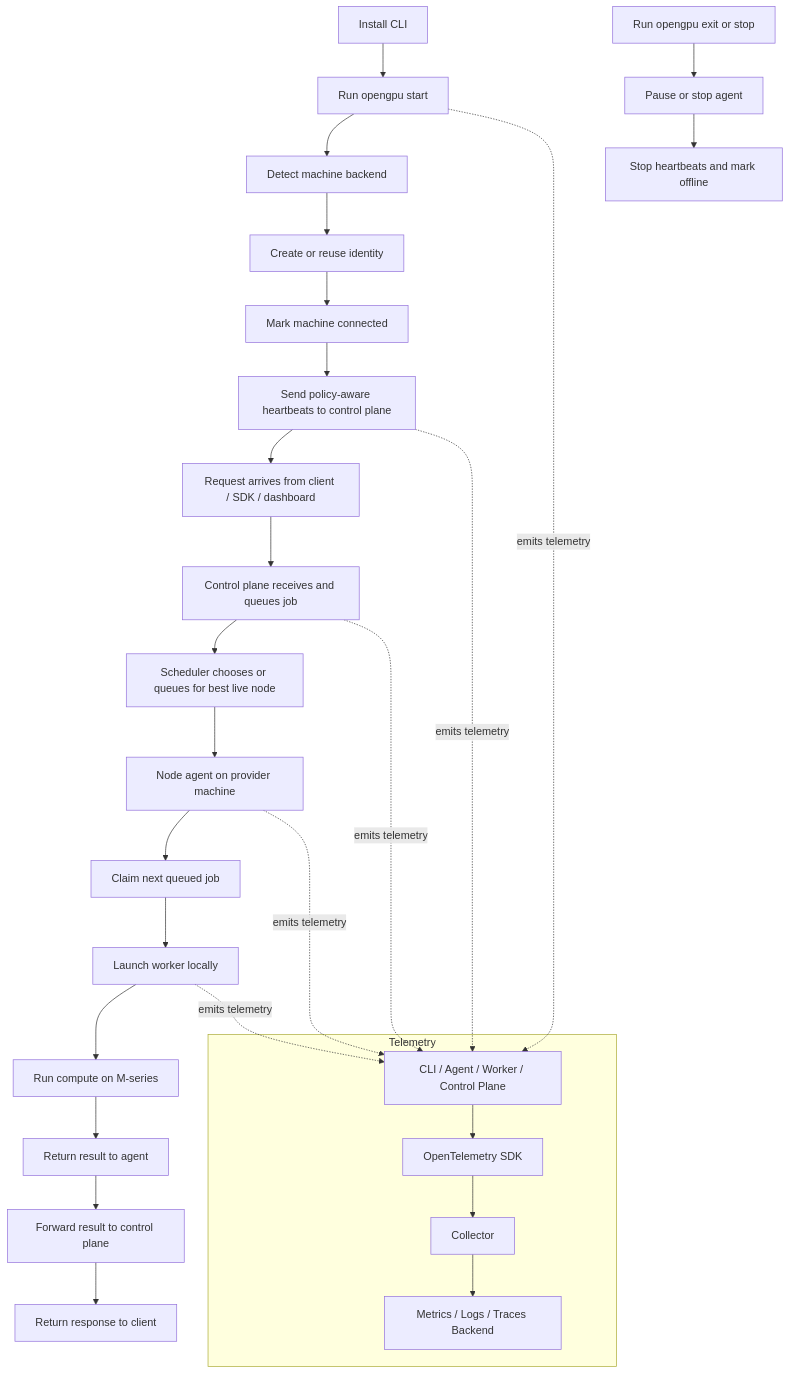
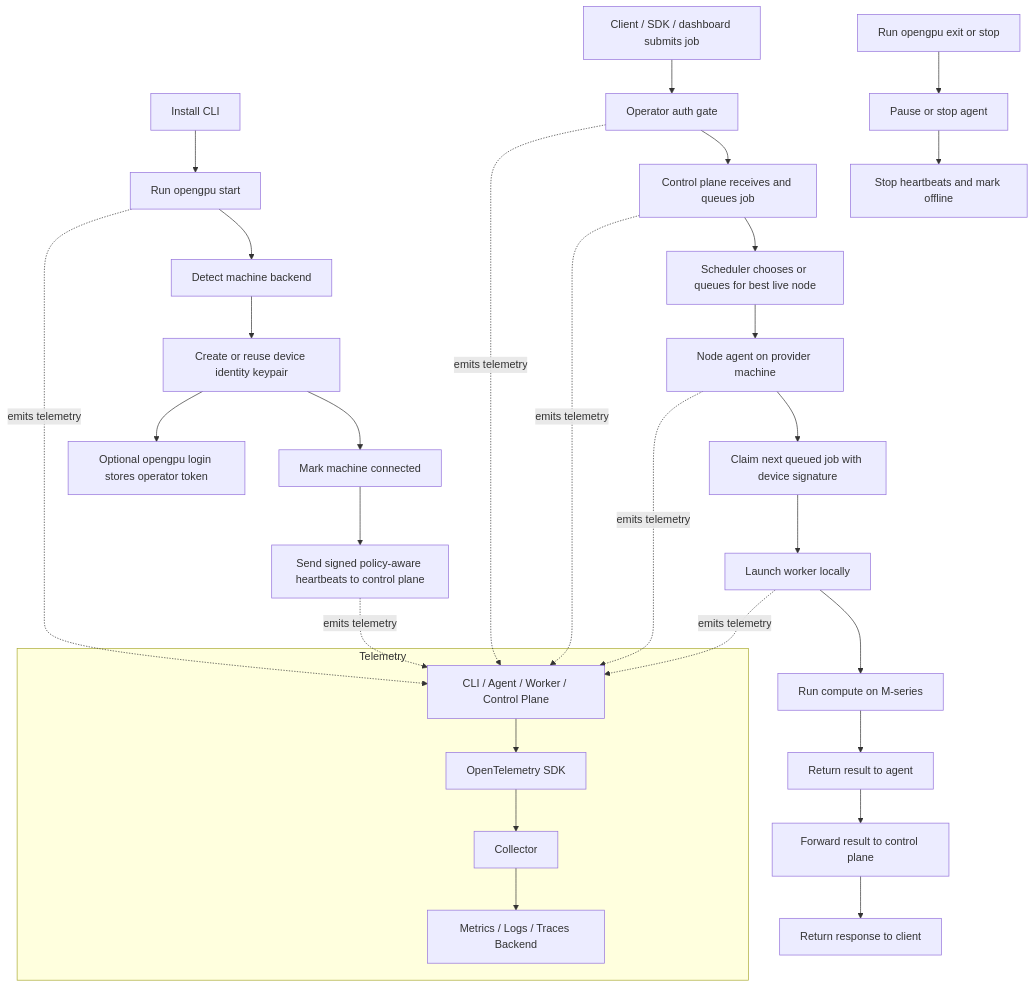
One commit to novusmundus2025/mundusx changed the diagram in docs/system-flow.md. Above: the diagram before and after it, drawn with Mermaid. The commit also changed other lines of this file, not shown here.

Commit message:
Document contributor and operator auth flow

````diff
--- a/docs/system-flow.md
+++ b/docs/system-flow.md
@@ -5,36 +5,38 @@
 ```mermaid
 flowchart TD
     I[Install CLI] --> S[Run opengpu start]
     S --> D[Detect machine backend]
-    D --> C[Create or reuse identity]
+    D --> C[Create or reuse device identity keypair]
     C --> M[Mark machine connected]
-    M --> H[Send policy-aware heartbeats to control plane]
+    C --> L[Optional opengpu login stores operator token]
+    M --> H[Send signed policy-aware heartbeats to control plane]
 
-    H --> Q[Request arrives from client / SDK / dashboard]
-    Q --> CP[Control plane receives and queues job]
+    J[Client / SDK / dashboard submits job] --> OP[Operator auth gate]
+    OP --> CP[Control plane receives and queues job]
     CP --> SCH[Scheduler chooses or queues for best live node]
     SCH --> A[Node agent on provider machine]
-    A --> J[Claim next queued job]
-    J --> W[Launch worker locally]
+    A --> J2[Claim next queued job with device signature]
+    J2 --> W[Launch worker locally]
     W --> X[Run compute on M-series]
     X --> R[Return result to agent]
     R --> CP2[Forward result to control plane]
     CP2 --> O[Return response to client]
 
     subgraph Telemetry
         T[CLI / Agent / Worker / Control Plane]
         OT[OpenTelemetry SDK]
         COL[Collector]
         BK[Metrics / Logs / Traces Backend]
         T --> OT --> COL --> BK
     end
 
     S -. emits telemetry .-> T
     H -. emits telemetry .-> T
+    OP -. emits telemetry .-> T
     CP -. emits telemetry .-> T
     A -. emits telemetry .-> T
     W -. emits telemetry .-> T
 
     Z[Run opengpu exit or stop] --> U[Pause or stop agent]
     U --> F[Stop heartbeats and mark offline]
 ```
````
